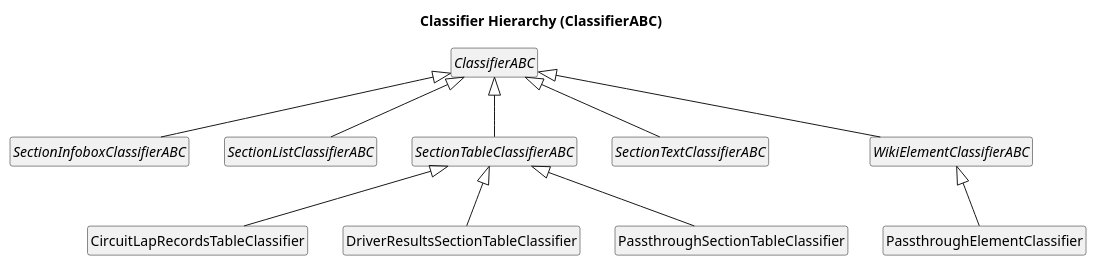
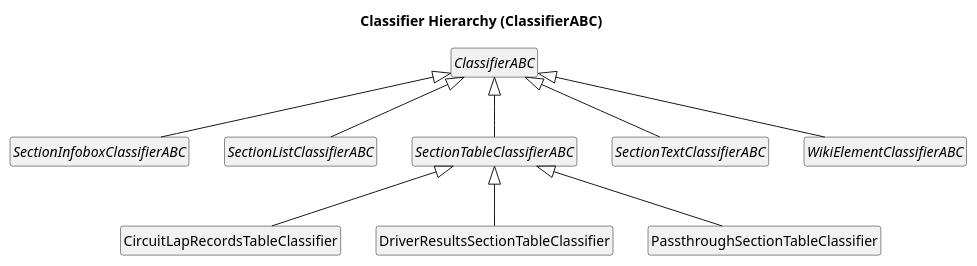
The diagram in docs/uml/inheritance/components/01_classifiers.puml (bgembalczyk/F1), drawn with PlantUML before and after one commit. The commit also changed 16 other files, not shown here.

```diff
--- a/docs/uml/inheritance/components/01_classifiers.puml
+++ b/docs/uml/inheritance/components/01_classifiers.puml
@@ -1,28 +1,26 @@
 @startuml
 title Classifier Hierarchy (ClassifierABC)
 skinparam classAttributeIconSize 0
 hide empty members
 hide circle
 
 class CircuitLapRecordsTableClassifier
 abstract class ClassifierABC
 class DriverResultsSectionTableClassifier
-class PassthroughElementClassifier
 class PassthroughSectionTableClassifier
 abstract class SectionInfoboxClassifierABC
 abstract class SectionListClassifierABC
 abstract class SectionTableClassifierABC
 abstract class SectionTextClassifierABC
 abstract class WikiElementClassifierABC
 
 SectionTableClassifierABC <|-- CircuitLapRecordsTableClassifier
 SectionTableClassifierABC <|-- DriverResultsSectionTableClassifier
-WikiElementClassifierABC <|-- PassthroughElementClassifier
 SectionTableClassifierABC <|-- PassthroughSectionTableClassifier
 ClassifierABC <|-- SectionInfoboxClassifierABC
 ClassifierABC <|-- SectionListClassifierABC
 ClassifierABC <|-- SectionTableClassifierABC
 ClassifierABC <|-- SectionTextClassifierABC
 ClassifierABC <|-- WikiElementClassifierABC
 
 @enduml
```
